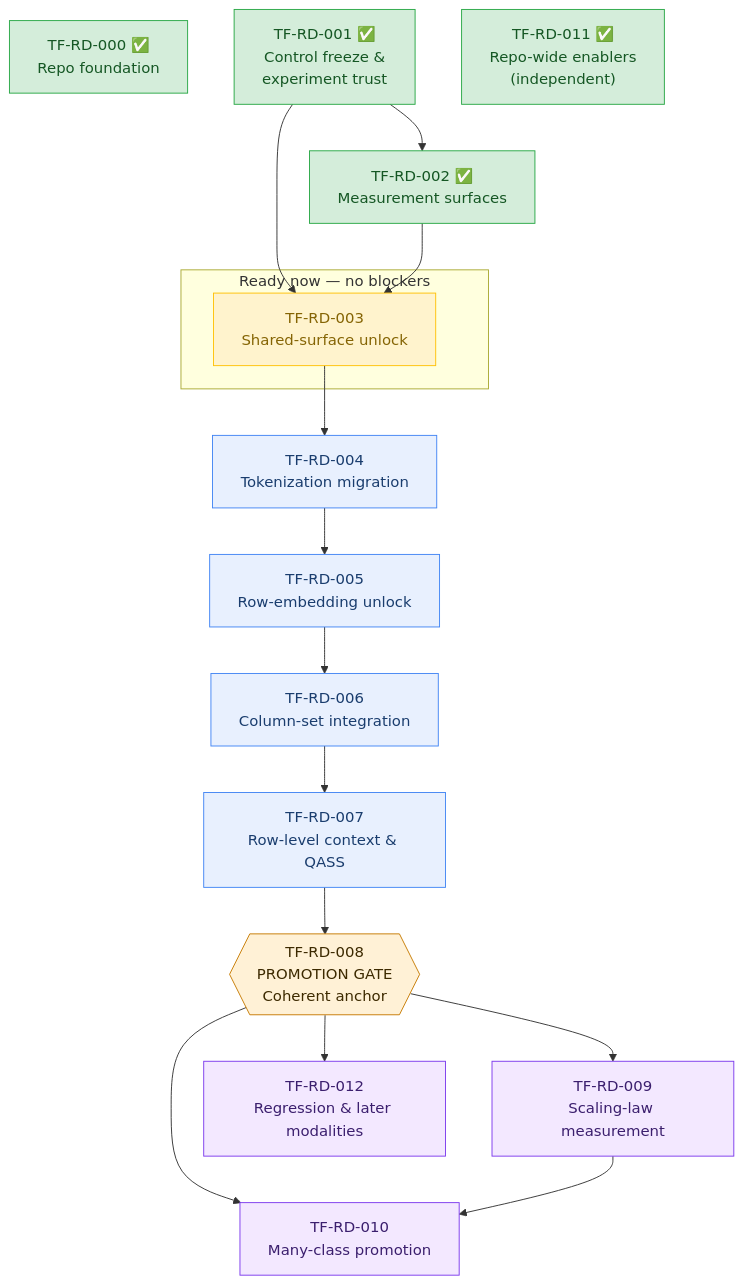
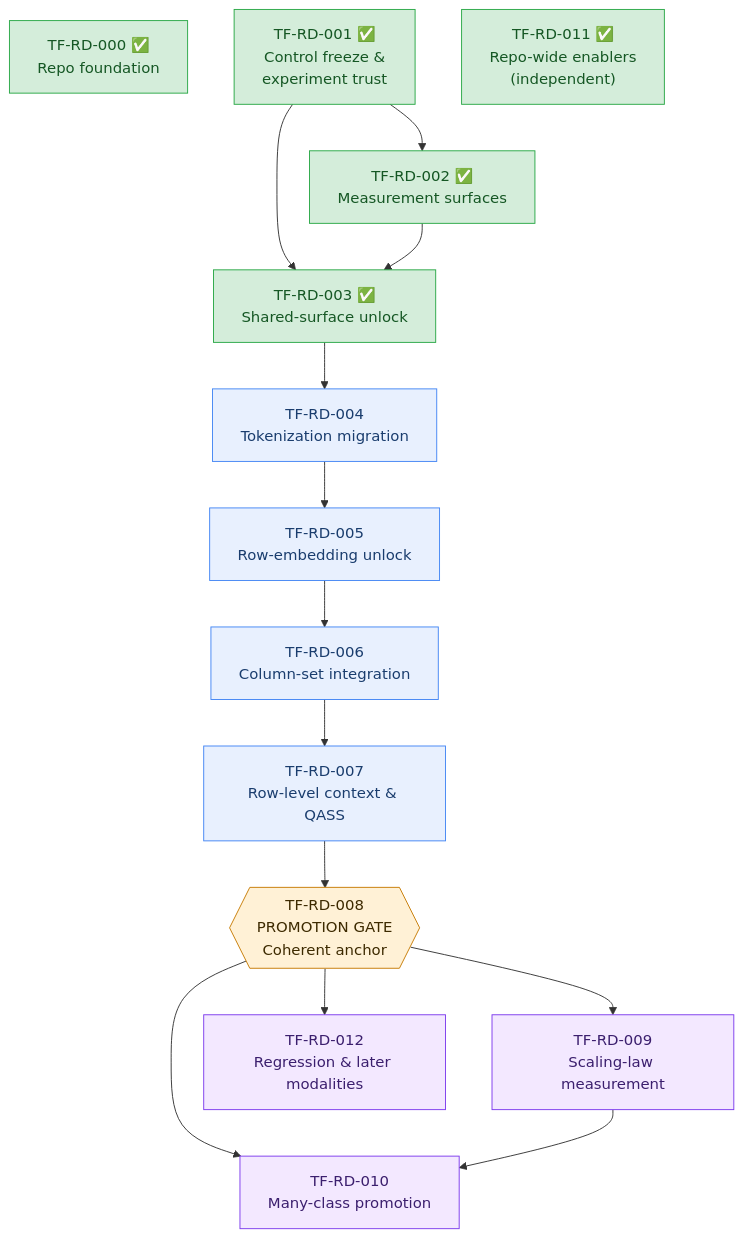
Before and after one commit to bensonlee5/tab-foundry: the diagram in docs/development/roadmap.md, drawn with Mermaid. The commit also changed other lines of this file and 15 other files, not shown here.

````diff
--- a/docs/development/roadmap.md
+++ b/docs/development/roadmap.md
@@ -106,45 +106,42 @@
 ```mermaid
 flowchart TD
     RD000["TF-RD-000 ✅<br/>Repo foundation"]
 
     RD001["TF-RD-001 ✅<br/>Control freeze &<br/>experiment trust"]
     RD002["TF-RD-002 ✅<br/>Measurement surfaces"]
     RD011["TF-RD-011 ✅<br/>Repo-wide enablers<br/>(independent)"]
 
-    subgraph ready [" Ready now — no blockers "]
-        RD003["TF-RD-003<br/>Shared-surface unlock"]
-    end
+    RD003["TF-RD-003 ✅<br/>Shared-surface unlock"]
     RD004["TF-RD-004<br/>Tokenization migration"]
     RD005["TF-RD-005<br/>Row-embedding unlock"]
     RD006["TF-RD-006<br/>Column-set integration"]
     RD007["TF-RD-007<br/>Row-level context & QASS"]
     RD008{{"TF-RD-008<br/>PROMOTION GATE<br/>Coherent anchor"}}
     RD009["TF-RD-009<br/>Scaling-law measurement"]
     RD010["TF-RD-010<br/>Many-class promotion"]
     RD012["TF-RD-012<br/>Regression & later modalities"]
 
     RD001 --> RD002
     RD001 --> RD003
     RD002 --> RD003
     RD003 --> RD004
     RD004 --> RD005
     RD005 --> RD006
     RD006 --> RD007
     RD007 --> RD008
     RD008 --> RD009
     RD008 --> RD010
     RD009 --> RD010
     RD008 --> RD012
 
     classDef done fill:#d4edda,stroke:#28a745,color:#155724;
     classDef readyNow fill:#fff3cd,stroke:#ffc107,color:#856404;
     classDef chain fill:#e8f0fe,stroke:#4285f4,color:#1a3d6e;
     classDef gate fill:#fff1d6,stroke:#c67a00,color:#3d2a00;
     classDef later fill:#f3e8ff,stroke:#7c3aed,color:#3b1f6e;
 
-    class RD000,RD001,RD002,RD011 done;
-    class RD003 readyNow;
+    class RD000,RD001,RD002,RD003,RD011 done;
     class RD004,RD005,RD006,RD007 chain;
     class RD008 gate;
     class RD009,RD010,RD012 later;
 ```
````
